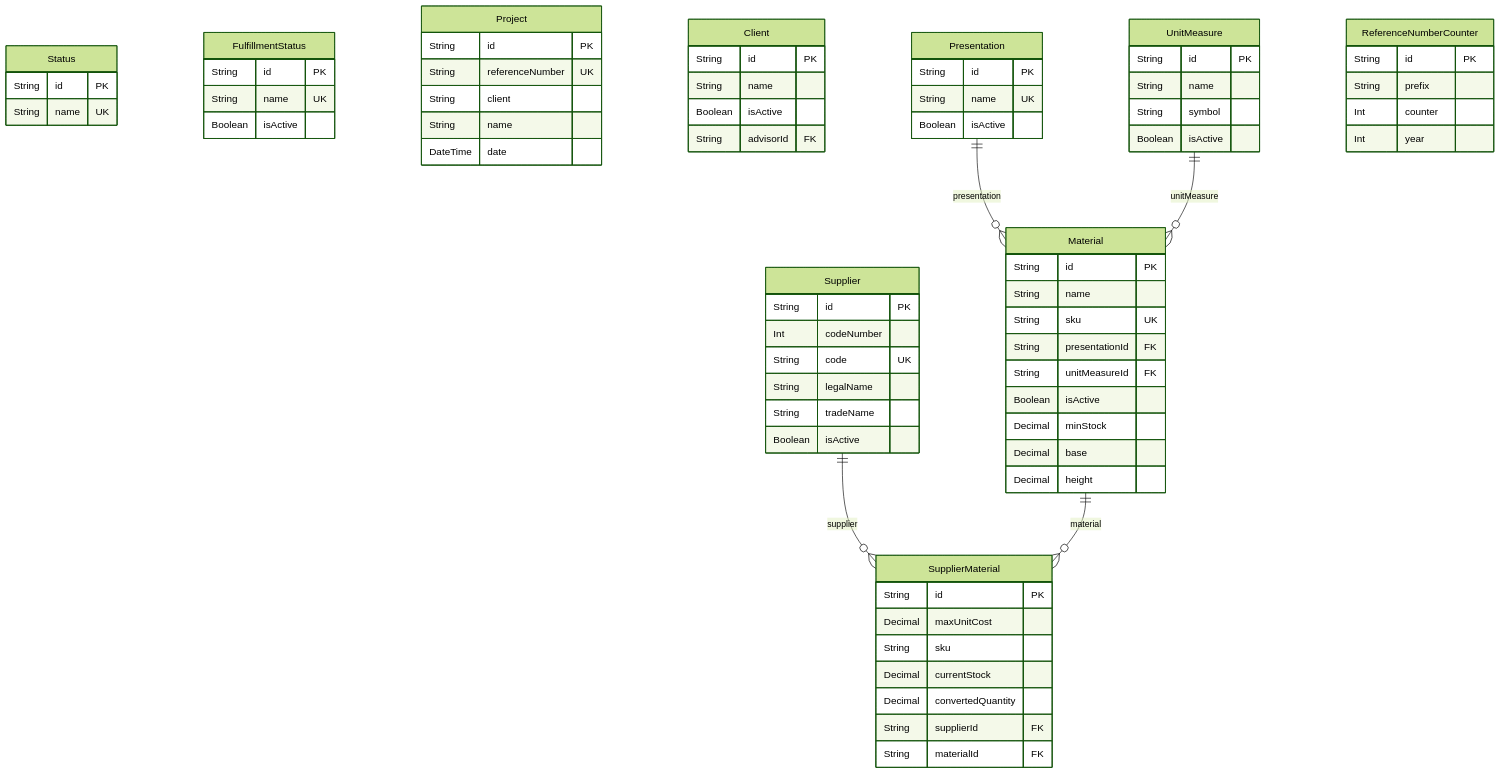
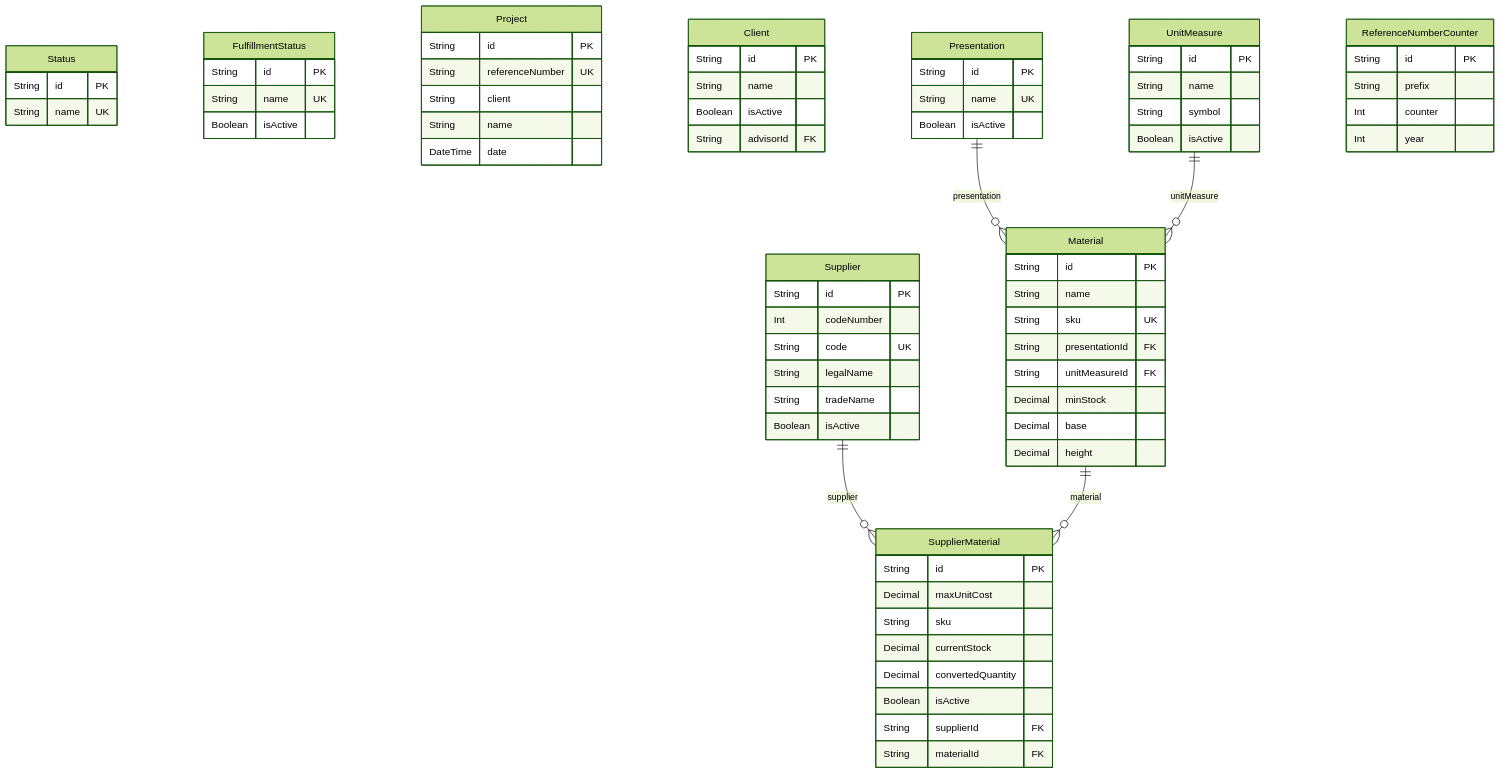
The second of 5 diagrams in docs/generated/database-schema.md (gpgsistemas01/nexus), drawn with Mermaid (forest theme) before and after one commit. The commit also changed other lines of this file and 28 other files, not shown here.

````diff
--- a/docs/generated/database-schema.md
+++ b/docs/generated/database-schema.md
@@ -79,74 +79,74 @@
 ```mermaid
 erDiagram
     Status {
         String id PK
         String name UK
     }
     FulfillmentStatus {
         String id PK
         String name UK
         Boolean isActive
     }
     Project {
         String id PK
         String referenceNumber UK
         String client
         String name
         DateTime date
     }
     Client {
         String id PK
         String name
         Boolean isActive
         String advisorId FK
     }
     Supplier {
         String id PK
         Int codeNumber
         String code UK
         String legalName
         String tradeName
         Boolean isActive
     }
     Material {
         String id PK
         String name
         String sku UK
         String presentationId FK
         String unitMeasureId FK
-        Boolean isActive
         Decimal minStock
         Decimal base
         Decimal height
     }
     UnitMeasure {
         String id PK
         String name
         String symbol
         Boolean isActive
     }
     Presentation {
         String id PK
         String name UK
         Boolean isActive
     }
     SupplierMaterial {
         String id PK
         Decimal maxUnitCost
         String sku
         Decimal currentStock
         Decimal convertedQuantity
+        Boolean isActive
         String supplierId FK
         String materialId FK
     }
     ReferenceNumberCounter {
         String id PK
         String prefix
         Int counter
         Int year
     }
     Presentation ||--o{ Material : "presentation"
     UnitMeasure ||--o{ Material : "unitMeasure"
     Supplier ||--o{ SupplierMaterial : "supplier"
     Material ||--o{ SupplierMaterial : "material"
 ```
````
